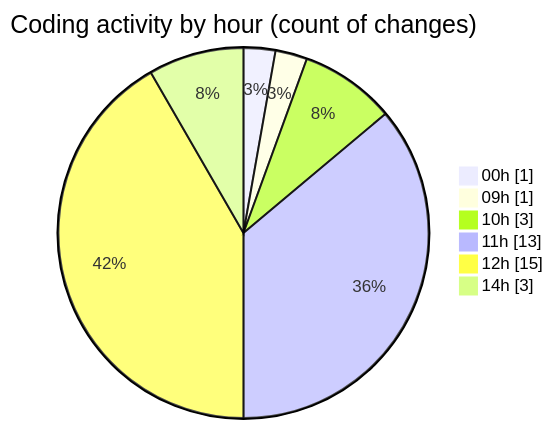
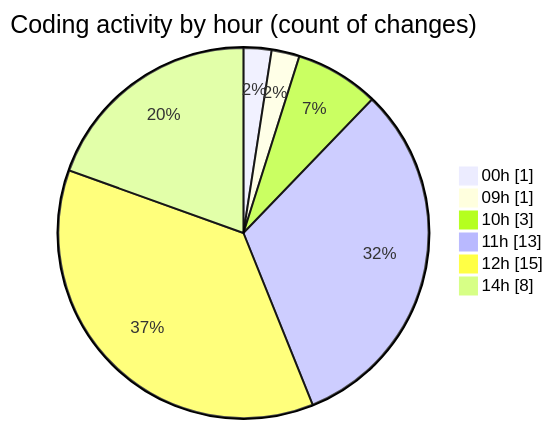
The second of 2 diagrams in 2025-05-22/cda/README.md (momahboobian/code-tracking), drawn with Mermaid before and after one commit. The commit also changed other lines of this file and 1 other file, not shown here.

````diff
--- a/2025-05-22/cda/README.md
+++ b/2025-05-22/cda/README.md
@@ -39,10 +39,10 @@
 ```mermaid
 pie showData
 title Coding activity by hour (count of changes)
 "00h" : 1
 "09h" : 1
 "10h" : 3
 "11h" : 13
 "12h" : 15
-"14h" : 3
+"14h" : 8
 ```
````
